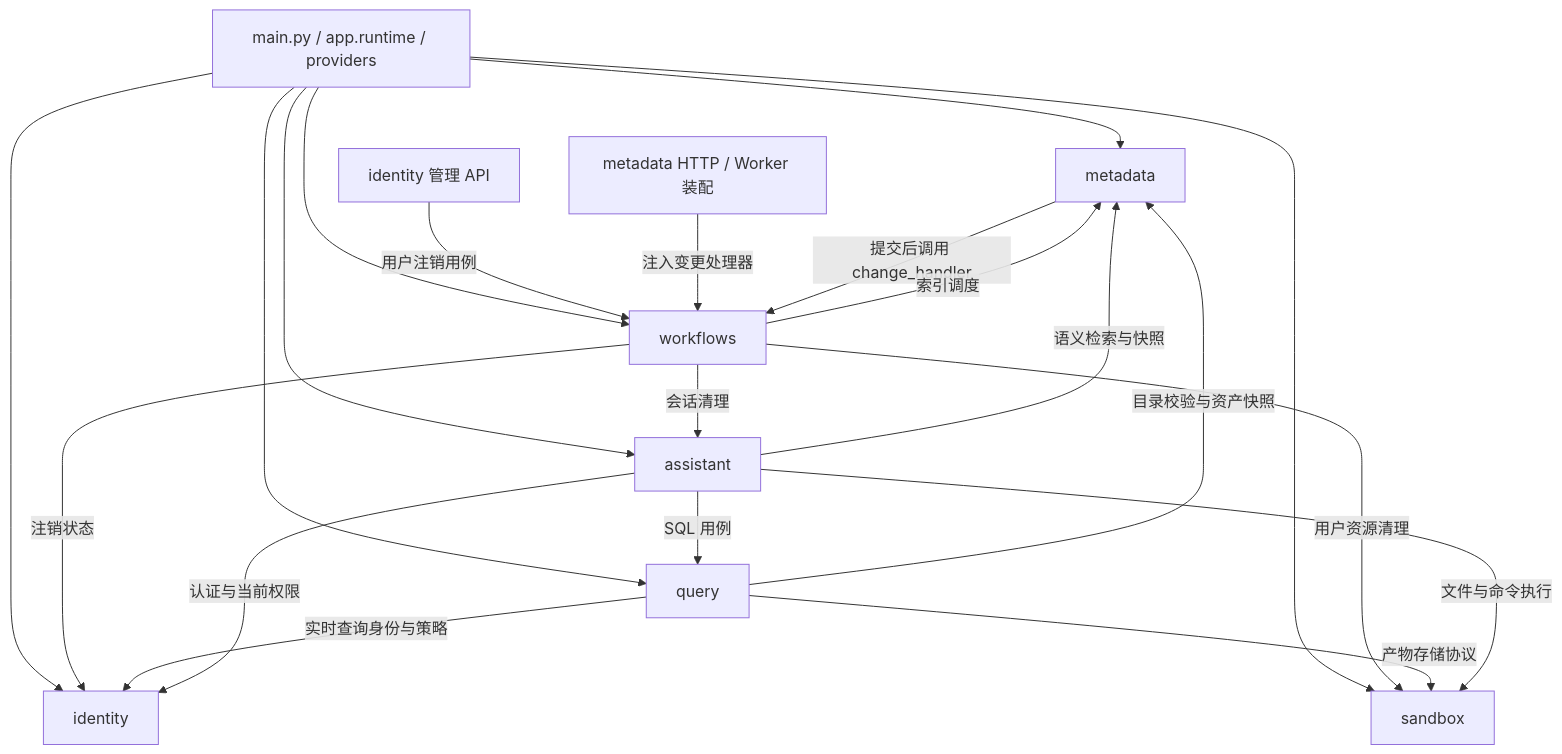
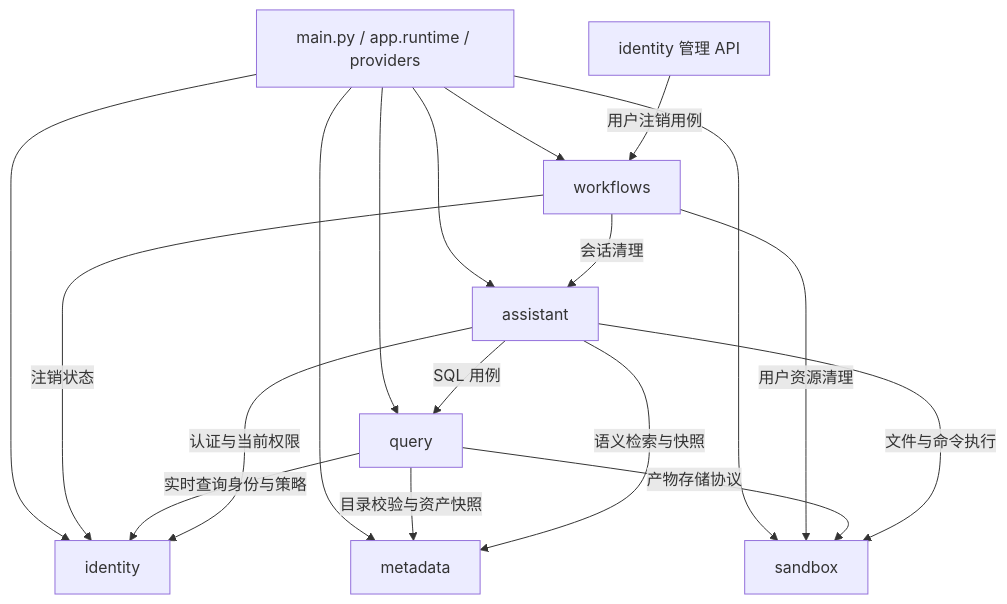
One commit to 2739673455/dataagent changed the second of 4 diagrams in docs/00_架构与协作总览.md. Above: the diagram before and after it, drawn with Mermaid. The commit also changed other lines of this file and 71 other files, not shown here.

````diff
--- a/docs/00_架构与协作总览.md
+++ b/docs/00_架构与协作总览.md
@@ -756,23 +702,20 @@
 ```mermaid
 flowchart TD
     ROOT[main.py / app.runtime / providers] --> ID[identity]
     ROOT --> META[metadata]
     ROOT --> QUERY[query]
     ROOT --> ASSIST[assistant]
     ROOT --> SANDBOX[sandbox]
     ROOT --> FLOW[workflows]
     IDAPI[identity 管理 API] -->|用户注销用例| FLOW
-    METAAPI[metadata HTTP / Worker 装配] -->|注入变更处理器| FLOW
-    META -->|提交后调用 change_handler| FLOW
-    FLOW -->|索引调度| META
     FLOW -->|注销状态| ID
     FLOW -->|会话清理| ASSIST
     FLOW -->|用户资源清理| SANDBOX
     QUERY -->|实时查询身份与策略| ID
     QUERY -->|目录校验与资产快照| META
     QUERY -->|产物存储协议| SANDBOX
     ASSIST -->|认证与当前权限| ID
     ASSIST -->|语义检索与快照| META
     ASSIST -->|SQL 用例| QUERY
     ASSIST -->|文件与命令执行| SANDBOX
 ```
````
